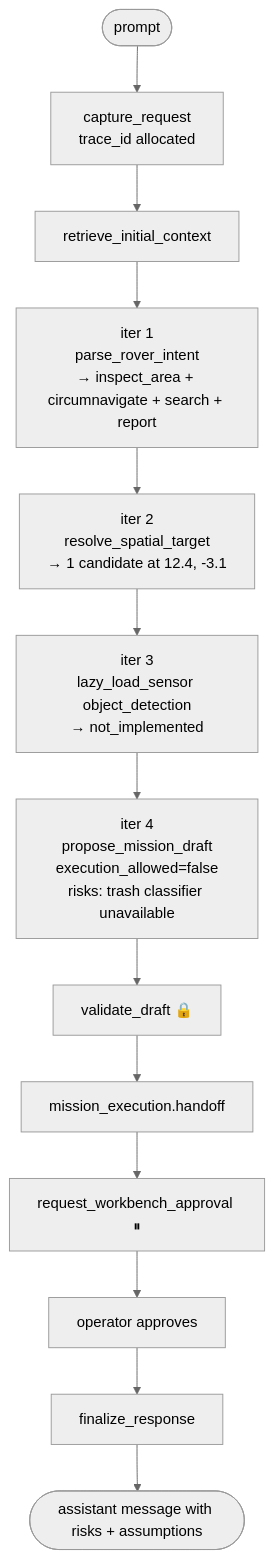
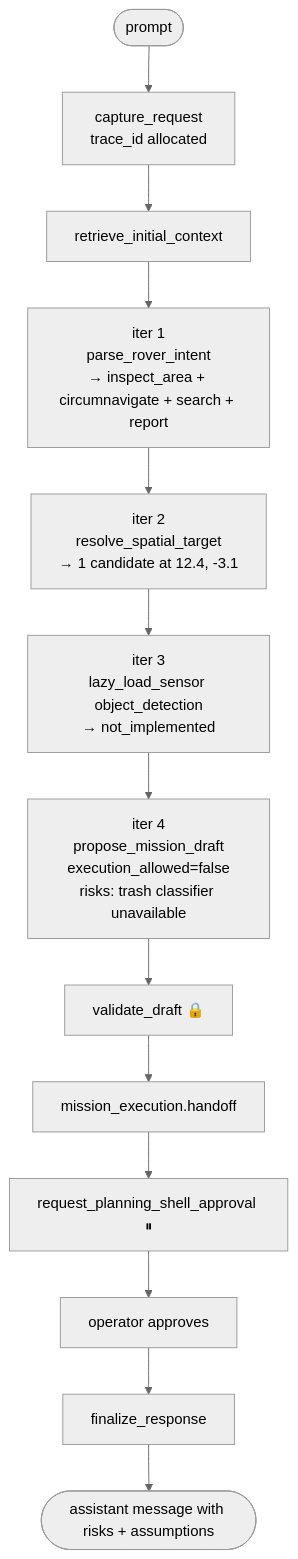
One commit to vardan6/uxv-agent changed the eighth of 11 diagrams in docs/components/ai-agent/internals/graph-spec.md. Above: the diagram before and after it, drawn with Mermaid (neutral theme). The commit also changed other lines of this file and 57 other files, not shown here.

Commit message:
feat(gcs,ai): planning shell and terrain map improvements

````diff
--- a/docs/components/ai-agent/internals/graph-spec.md
+++ b/docs/components/ai-agent/internals/graph-spec.md
@@ -468,15 +468,15 @@
 ```mermaid
 flowchart TB
     Q([prompt]) --> CAP[capture_request<br/>trace_id allocated]
     CAP --> CTX[retrieve_initial_context]
     CTX --> I1[iter 1<br/>parse_rover_intent<br/>→ inspect_area + circumnavigate + search + report]
     I1 --> I2[iter 2<br/>resolve_spatial_target<br/>→ 1 candidate at 12.4, -3.1]
     I2 --> I3[iter 3<br/>lazy_load_sensor object_detection<br/>→ not_implemented]
     I3 --> I4[iter 4<br/>propose_mission_draft<br/>execution_allowed=false<br/>risks: trash classifier unavailable]
     I4 --> VD[validate_draft 🔒]
     VD --> HX[mission_execution.handoff]
-    HX --> AP[request_workbench_approval ⏸]
+    HX --> AP[request_planning_shell_approval ⏸]
     AP --> OK[operator approves]
     OK --> FN[finalize_response]
     FN --> D([assistant message with risks + assumptions])
 ```
````
